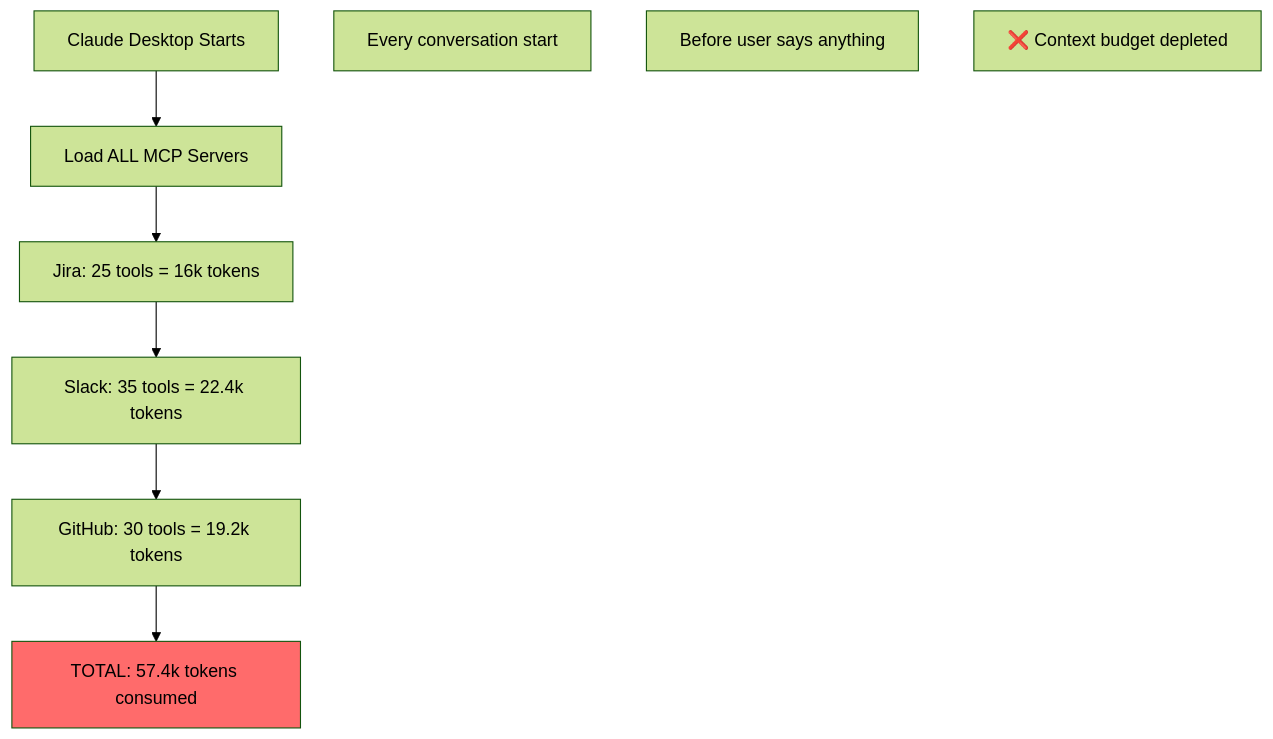
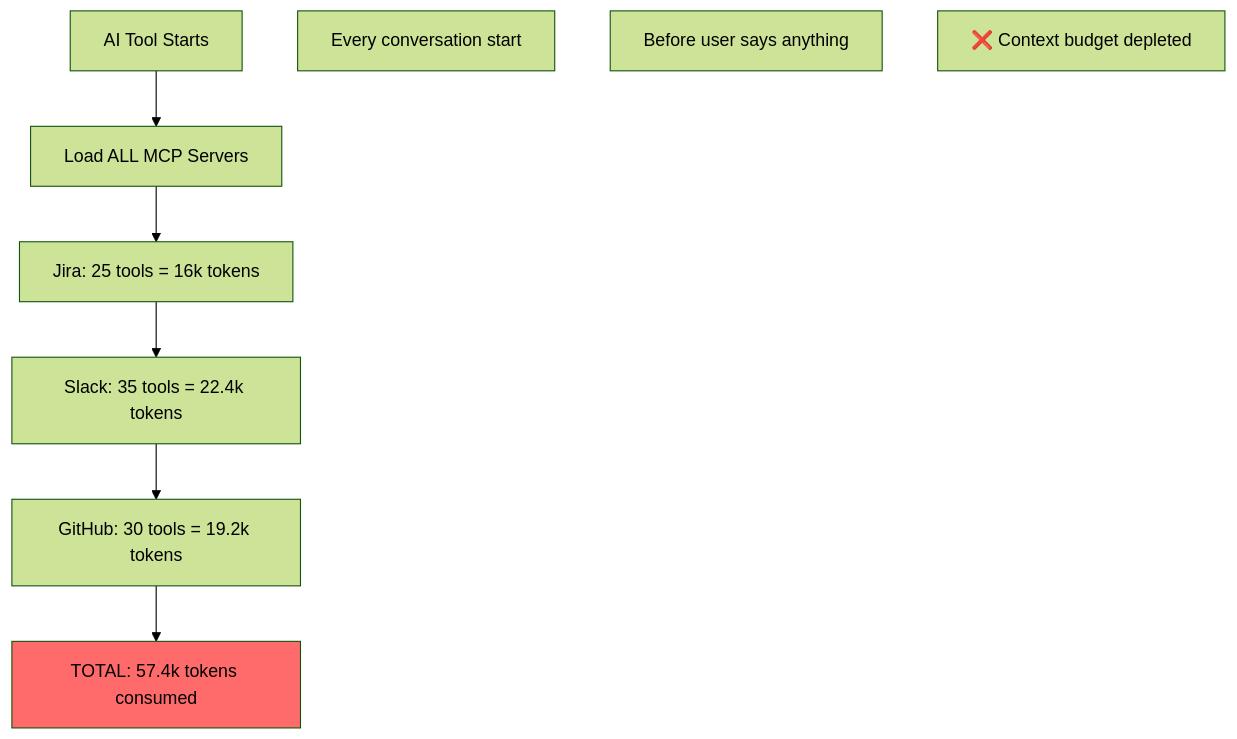
Before and after one commit to blueman82/mcp-exec: the eighth of 15 diagrams in projects/meta-mcp-server/docs/diagrams/10-token-optimization.md, drawn with Mermaid (forest theme). The commit also changed other lines of this file and 4 other files, not shown here.

First line of the commit message:
docs: Remove Claude Desktop references and fix Mermaid syntax

````diff
--- a/projects/meta-mcp-server/docs/diagrams/10-token-optimization.md
+++ b/projects/meta-mcp-server/docs/diagrams/10-token-optimization.md
@@ -213,14 +213,14 @@
 ```mermaid
 graph TD
-    A[Claude Desktop Starts] --> B[Load ALL MCP Servers]
+    A[AI Tool Starts] --> B[Load ALL MCP Servers]
     B --> C[Jira: 25 tools = 16k tokens]
     C --> D[Slack: 35 tools = 22.4k tokens]
     D --> E[GitHub: 30 tools = 19.2k tokens]
     E --> F[TOTAL: 57.4k tokens consumed]
 
     style F fill:#ff6b6b
 
     Note1[Every conversation start]
     Note2[Before user says anything]
     Note3[❌ Context budget depleted]
 ```
````
